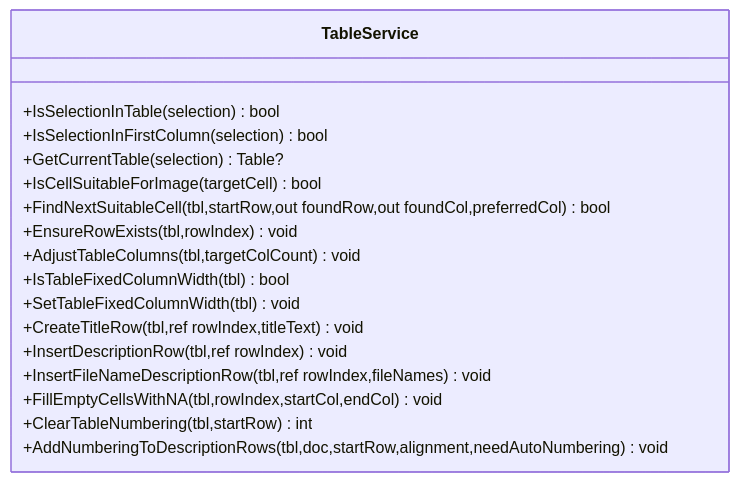
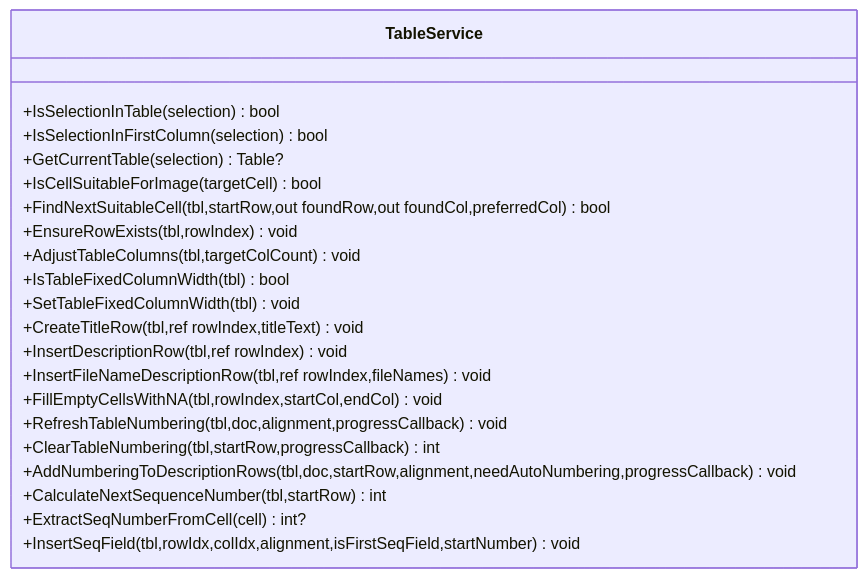
Before and after one commit to rainiva/WordTools: the third of 8 diagrams in .qoder/repowiki/zh/content/服务层/表格服务.md, drawn with Mermaid. The commit also changed other lines of this file and 12 other files, not shown here.

````diff
--- a/.qoder/repowiki/zh/content/服务层/表格服务.md
+++ b/.qoder/repowiki/zh/content/服务层/表格服务.md
@@ -157,20 +173,24 @@
 ```mermaid
 classDiagram
 class TableService {
 +IsSelectionInTable(selection) bool
 +IsSelectionInFirstColumn(selection) bool
 +GetCurrentTable(selection) Table?
 +IsCellSuitableForImage(targetCell) bool
 +FindNextSuitableCell(tbl,startRow,out foundRow,out foundCol,preferredCol) bool
 +EnsureRowExists(tbl,rowIndex) void
 +AdjustTableColumns(tbl,targetColCount) void
 +IsTableFixedColumnWidth(tbl) bool
 +SetTableFixedColumnWidth(tbl) void
 +CreateTitleRow(tbl,ref rowIndex,titleText) void
 +InsertDescriptionRow(tbl,ref rowIndex) void
 +InsertFileNameDescriptionRow(tbl,ref rowIndex,fileNames) void
 +FillEmptyCellsWithNA(tbl,rowIndex,startCol,endCol) void
-+ClearTableNumbering(tbl,startRow) int
-+AddNumberingToDescriptionRows(tbl,doc,startRow,alignment,needAutoNumbering) void
++RefreshTableNumbering(tbl,doc,alignment,progressCallback) void
++ClearTableNumbering(tbl,startRow,progressCallback) int
++AddNumberingToDescriptionRows(tbl,doc,startRow,alignment,needAutoNumbering,progressCallback) void
++CalculateNextSequenceNumber(tbl,startRow) int
++ExtractSeqNumberFromCell(cell) int?
++InsertSeqField(tbl,rowIdx,colIdx,alignment,isFirstSeqField,startNumber) void
 }
 ```
````
